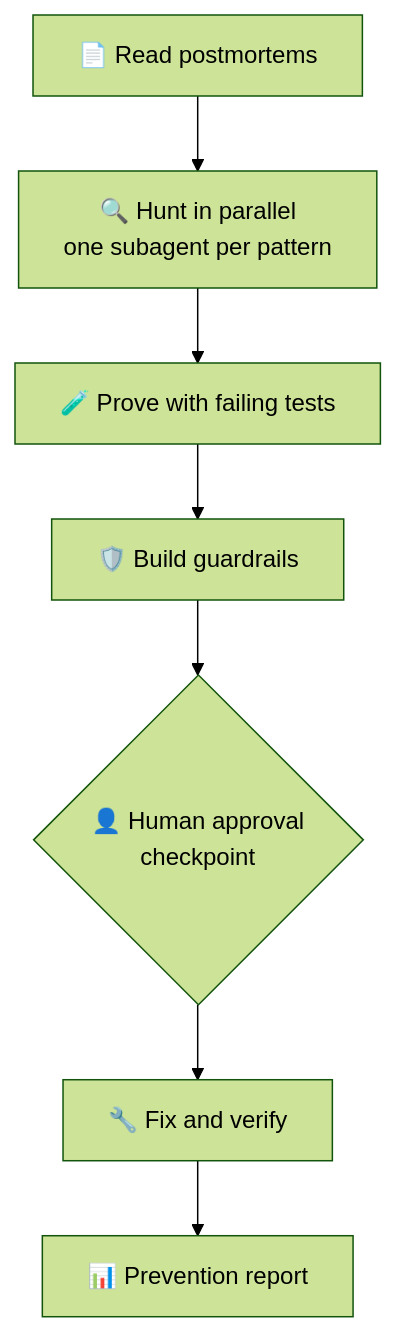
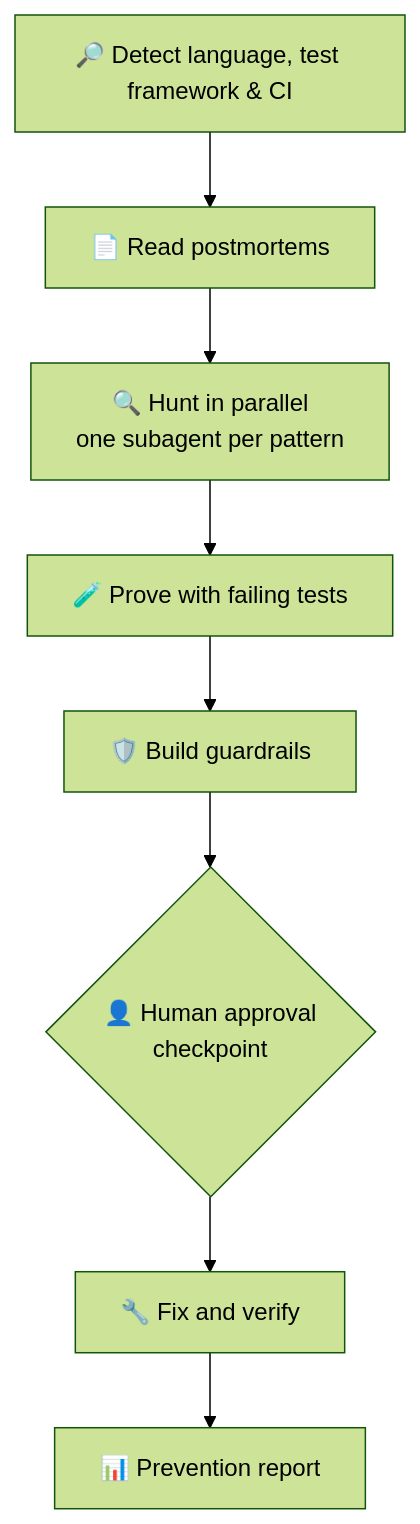
The diagram in README.md (Rusheekg/never-twice), drawn with Mermaid (forest theme) before and after one commit. The commit also changed other lines of this file and 26 other files, not shown here.

````diff
--- a/README.md
+++ b/README.md
@@ -62,9 +64,10 @@
 ```mermaid
 flowchart TD
+    A0[🔎 Detect language, test framework & CI] --> A
     A[📄 Read postmortems] --> B[🔍 Hunt in parallel<br/>one subagent per pattern]
     B --> C[🧪 Prove with failing tests]
     C --> D[🛡️ Build guardrails]
     D --> E{👤 Human approval<br/>checkpoint}
     E --> F[🔧 Fix and verify]
     F --> G[📊 Prevention report]
 ```
````
